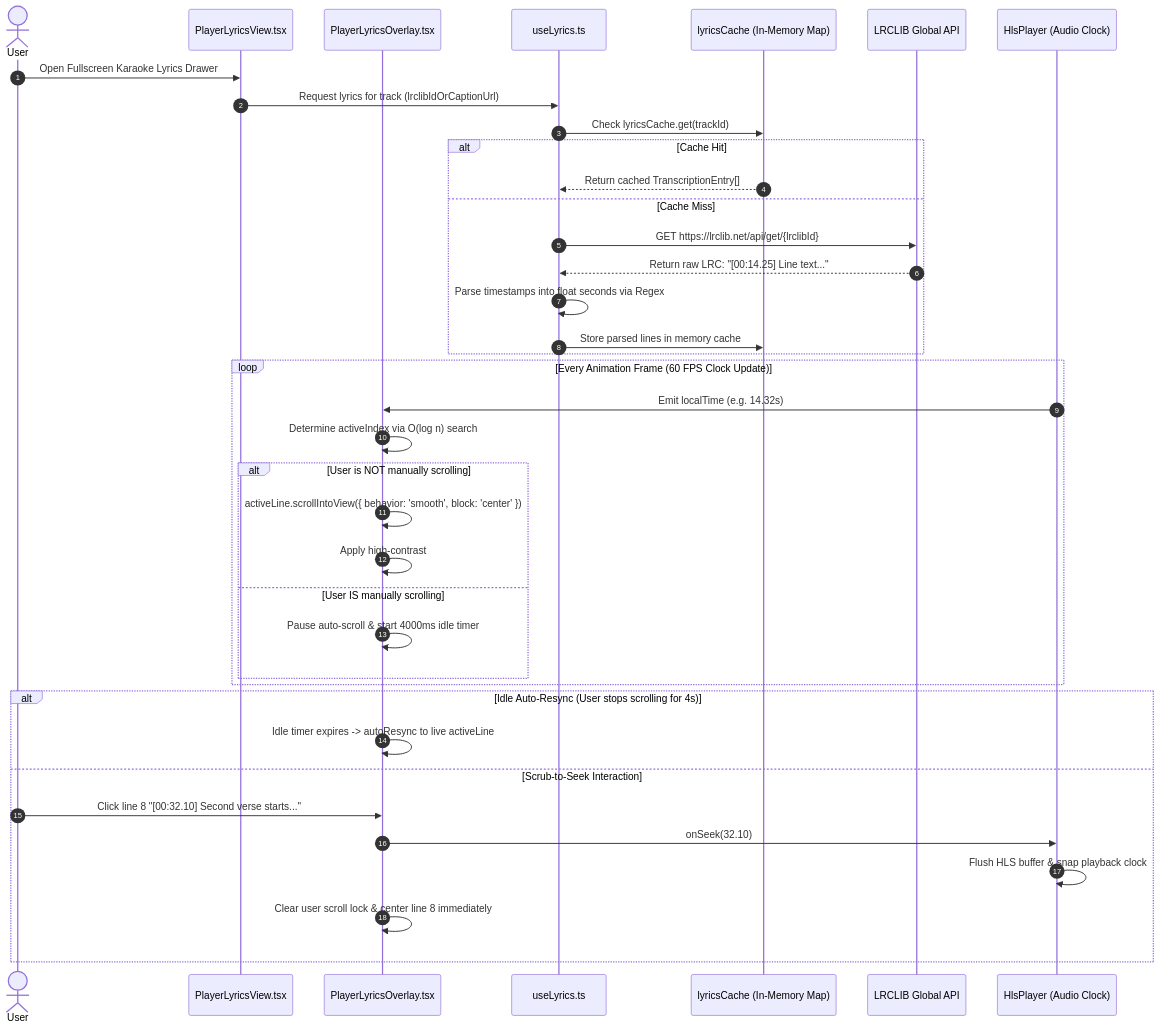
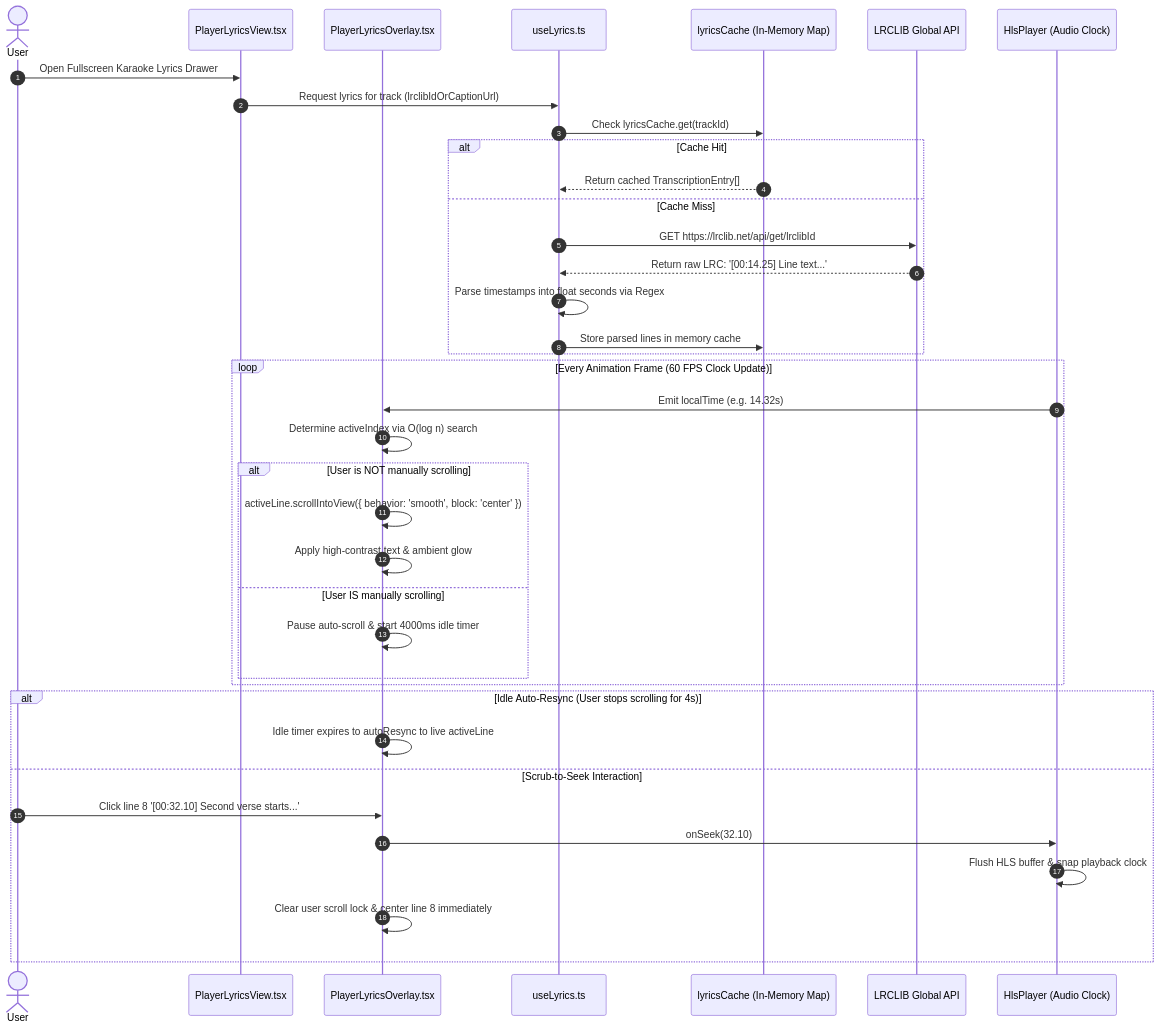
One commit to karankumar786786/AudioMelodySpringboot changed the sixth of 15 diagrams in README.md. Above: the diagram before and after it, drawn with Mermaid. The commit also changed other lines of this file, not shown here.

Commit message:
docs: fix invalid Mermaid diagram syntax across README.md

````diff
--- a/README.md
+++ b/README.md
@@ -409,43 +409,43 @@
 ```mermaid
 sequenceDiagram
     autonumber
     actor User
     participant View as PlayerLyricsView.tsx
     participant Overlay as PlayerLyricsOverlay.tsx
     participant Hook as useLyrics.ts
     participant Cache as lyricsCache (In-Memory Map)
     participant LRCLIB as LRCLIB Global API
     participant Player as HlsPlayer (Audio Clock)
 
     User->>View: Open Fullscreen Karaoke Lyrics Drawer
     View->>Hook: Request lyrics for track (lrclibIdOrCaptionUrl)
     Hook->>Cache: Check lyricsCache.get(trackId)
     alt Cache Hit
         Cache-->>Hook: Return cached TranscriptionEntry[]
     else Cache Miss
-        Hook->>LRCLIB: GET https://lrclib.net/api/get/{lrclibId}
-        LRCLIB-->>Hook: Return raw LRC: "[00:14.25] Line text..."
+        Hook->>LRCLIB: GET https://lrclib.net/api/get/lrclibId
+        LRCLIB-->>Hook: Return raw LRC: '[00:14.25] Line text...'
         Hook->>Hook: Parse timestamps into float seconds via Regex
         Hook->>Cache: Store parsed lines in memory cache
     end
 
     loop Every Animation Frame (60 FPS Clock Update)
         Player->>Overlay: Emit localTime (e.g. 14.32s)
         Overlay->>Overlay: Determine activeIndex via O(log n) search
         alt User is NOT manually scrolling
             Overlay->>Overlay: activeLine.scrollIntoView({ behavior: 'smooth', block: 'center' })
-            Overlay->>Overlay: Apply high-contrast #ffffff text & ambient glow
+            Overlay->>Overlay: Apply high-contrast text & ambient glow
         else User IS manually scrolling
             Overlay->>Overlay: Pause auto-scroll & start 4000ms idle timer
         end
     end
 
     alt Idle Auto-Resync (User stops scrolling for 4s)
-        Overlay->>Overlay: Idle timer expires -> autoResync to live activeLine
+        Overlay->>Overlay: Idle timer expires to autoResync to live activeLine
     else Scrub-to-Seek Interaction
-        User->>Overlay: Click line 8 "[00:32.10] Second verse starts..."
+        User->>Overlay: Click line 8 '[00:32.10] Second verse starts...'
         Overlay->>Player: onSeek(32.10)
         Player->>Player: Flush HLS buffer & snap playback clock
         Overlay->>Overlay: Clear user scroll lock & center line 8 immediately
     end
 ```
````
